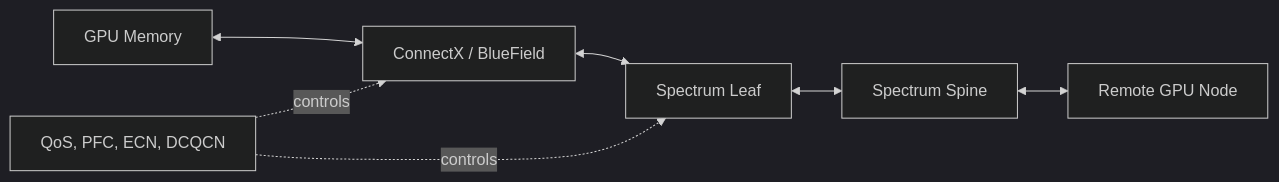
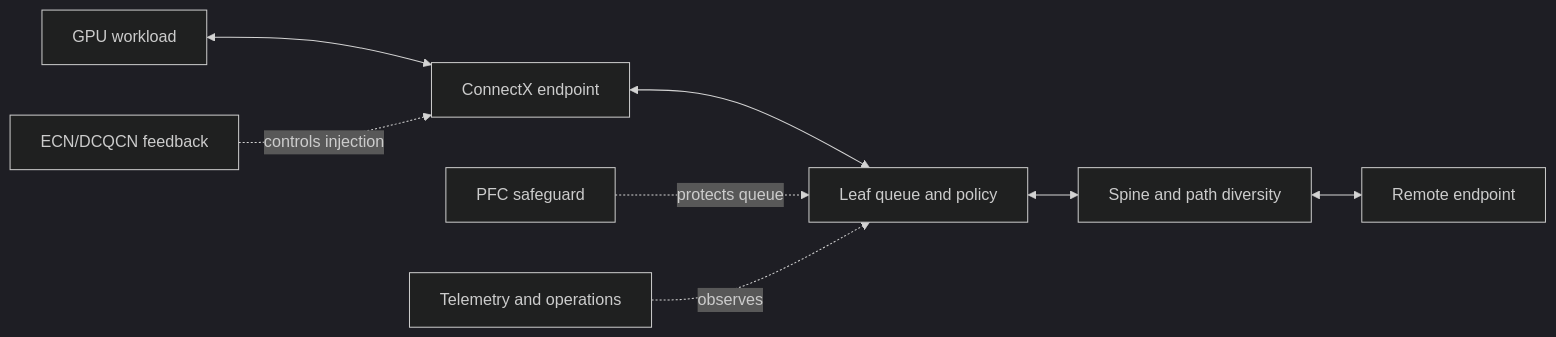
One commit to jithinpnjm/nvidia-devops changed the diagram in docs/nvidia-zero-to-hero/volume-09/chapter-12-volume-09-summary.md. Above: the diagram before and after it, drawn with Mermaid (dark theme). The commit also changed other lines of this file and 2 other files, not shown here.

Commit message:
docs: strengthen volume 09 validation and operations

````diff
--- a/docs/nvidia-zero-to-hero/volume-09/chapter-12-volume-09-summary.md
+++ b/docs/nvidia-zero-to-hero/volume-09/chapter-12-volume-09-summary.md
@@ -14,9 +14,10 @@
 ```mermaid
 flowchart LR
-    GPU[GPU Memory] <--> CX[ConnectX / BlueField]
-    CX <--> Leaf[Spectrum Leaf]
-    Leaf <--> Spine[Spectrum Spine]
-    Spine <--> Remote[Remote GPU Node]
-    Policy[QoS, PFC, ECN, DCQCN] -. controls .-> CX
-    Policy -. controls .-> Leaf
+ G[GPU workload] <--> N[ConnectX endpoint]
+ N <--> L[Leaf queue and policy]
+ L <--> S[Spine and path diversity]
+ S <--> R[Remote endpoint]
+ C[ECN/DCQCN feedback] -. controls injection .-> N
+ P[PFC safeguard] -. protects queue .-> L
+ O[Telemetry and operations] -. observes .-> L
 ```
````
